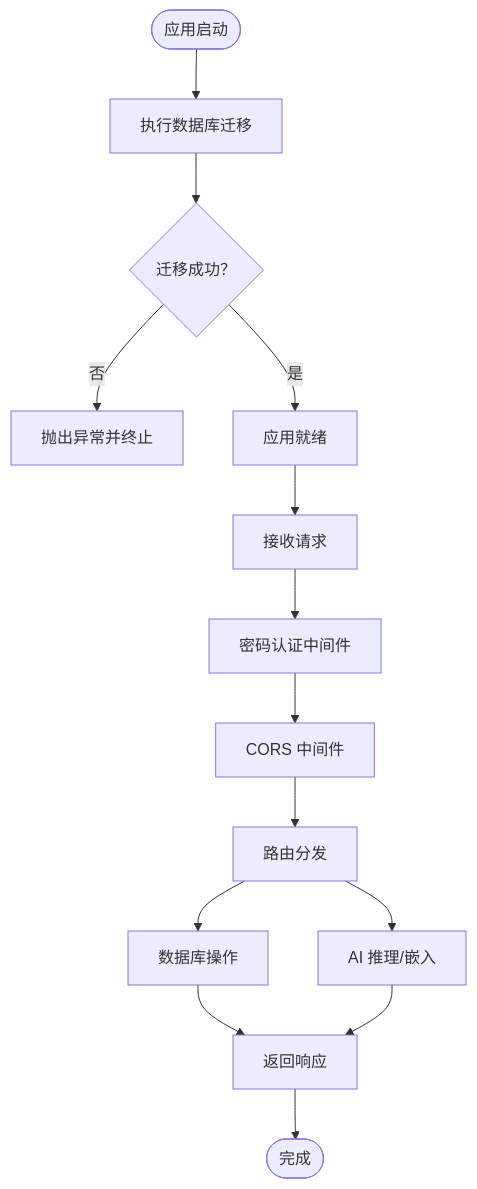
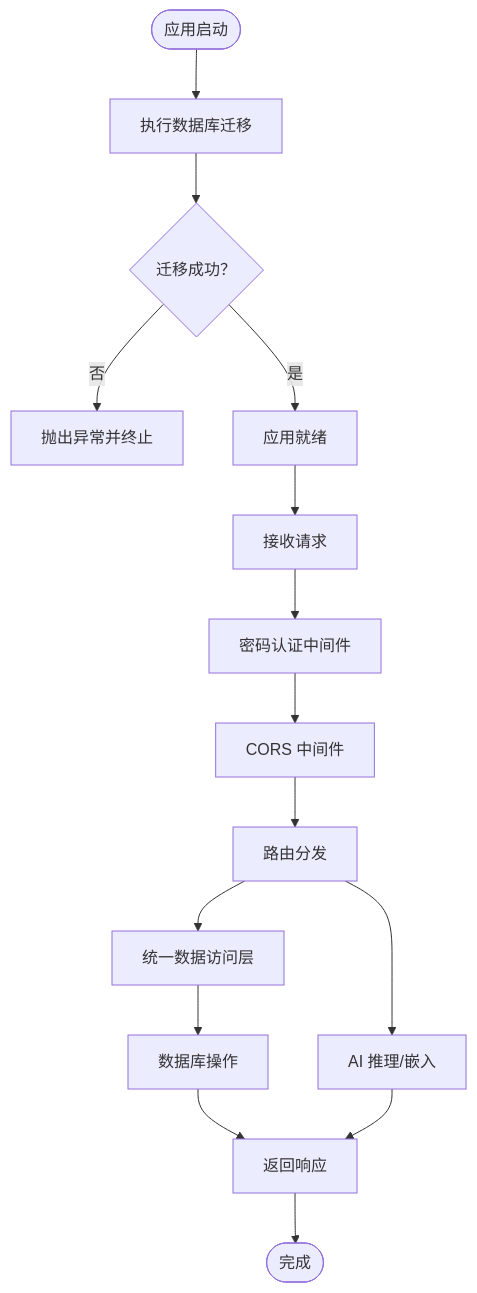
One commit to jackeyunjie/open-notebook changed the third of 9 diagrams in .qoder/repowiki/zh/content/项目概述/技术栈概览.md. Above: the diagram before and after it, drawn with Mermaid. The commit also changed other lines of this file and 51 other files, not shown here.

````diff
--- a/.qoder/repowiki/zh/content/项目概述/技术栈概览.md
+++ b/.qoder/repowiki/zh/content/项目概述/技术栈概览.md
@@ -160,16 +198,17 @@
 ```mermaid
 flowchart TD
 Start(["应用启动"]) --> Migrate["执行数据库迁移"]
 Migrate --> MigrateOK{"迁移成功？"}
 MigrateOK --> |否| Fail["抛出异常并终止"]
 MigrateOK --> |是| Ready["应用就绪"]
 Ready --> Request["接收请求"]
 Request --> Auth["密码认证中间件"]
 Auth --> CORS["CORS 中间件"]
 CORS --> Router["路由分发"]
-Router --> DB["数据库操作"]
+Router --> UnifiedRepo["统一数据访问层"]
+UnifiedRepo --> DB["数据库操作"]
 Router --> AI["AI 推理/嵌入"]
 DB --> Resp["返回响应"]
 AI --> Resp
 Resp --> End(["完成"])
 ```
````
